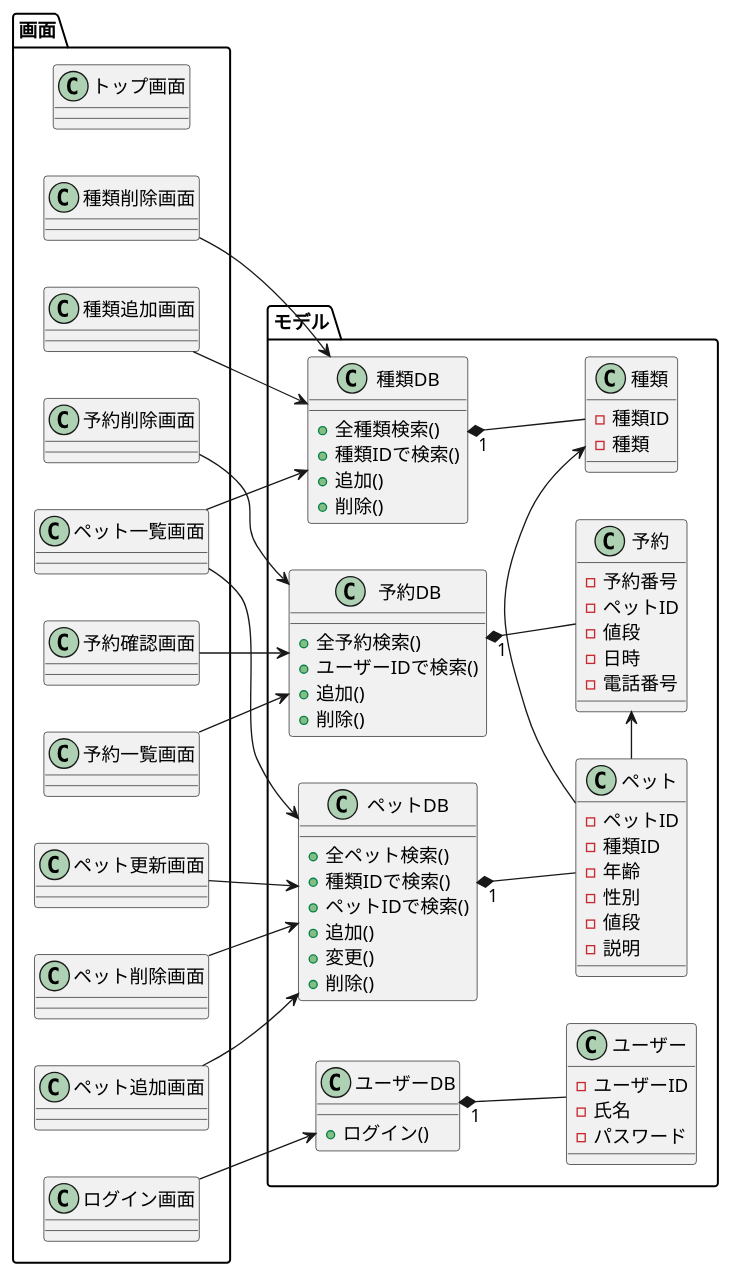
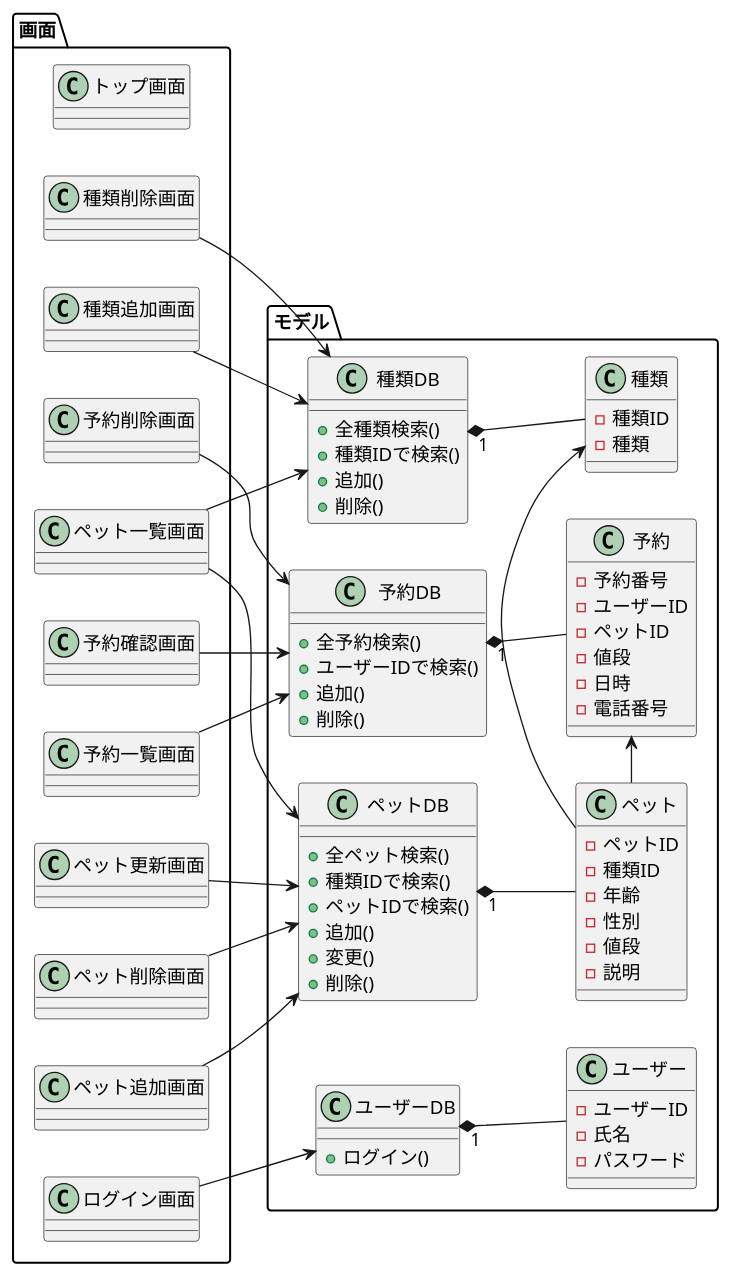
One commit to Tyamanaka07/WebSystem changed the diagram in UML/class.pu. Above: the diagram before and after it, drawn with PlantUML. The commit also changed 4 other files, not shown here.

```diff
--- a/UML/class.pu
+++ b/UML/class.pu
@@ -1,95 +1,96 @@
 @startuml
 left to right direction
 
 package モデル{
 class ペット{
 	-ペットID
 	-種類ID
 	-年齢
 	-性別
 	-値段
 	-説明
 }
 
 class 種類{
 	-種類ID
 	-種類
 }
 
 class ユーザー{
 	-ユーザーID
 	-氏名
 	-パスワード
 }
 
 class 予約{
 	-予約番号
+	-ユーザーID
 	-ペットID
 	-値段
 	-日時
 	-電話番号
 }
 
 class ペットDB{
 	+全ペット検索()
 	+種類IDで検索()
 	+ペットIDで検索()
 	+追加()
 	+変更()
 	+削除()
 }
 
 class 種類DB{
 	+全種類検索()
 	+種類IDで検索()
 	+追加()
 	+削除()
 }
 
 class ユーザーDB{
 	+ログイン()
 }
 
 class 予約DB{
 	+全予約検索()
 	+ユーザーIDで検索()
 	+追加()
 	+削除()
 }
 }
 
 package 画面{
 class トップ画面
 class ペット一覧画面
 class ログイン画面
 class ペット追加画面
 class ペット更新画面
 class ペット削除画面
 class 種類追加画面
 class 種類削除画面
 class 予約確認画面
 class 予約一覧画面
 class 予約削除画面
 
 }
 
 ペットDB "1" *-- ペット
 種類DB "1" *-- 種類
 ユーザーDB "1" *-- ユーザー
 予約DB "1" *-- 予約
 ペット -> 種類
 ペット -> 予約
 
 ペット一覧画面-->種類DB
 ペット一覧画面-->ペットDB
 ログイン画面-->ユーザーDB
 ペット追加画面-->ペットDB
 ペット更新画面-->ペットDB
 種類追加画面-->種類DB
 種類削除画面-->種類DB
 ペット削除画面-->ペットDB
 予約確認画面-->予約DB
 予約一覧画面-->予約DB
 予約削除画面-->予約DB
 
 @enduml
```
